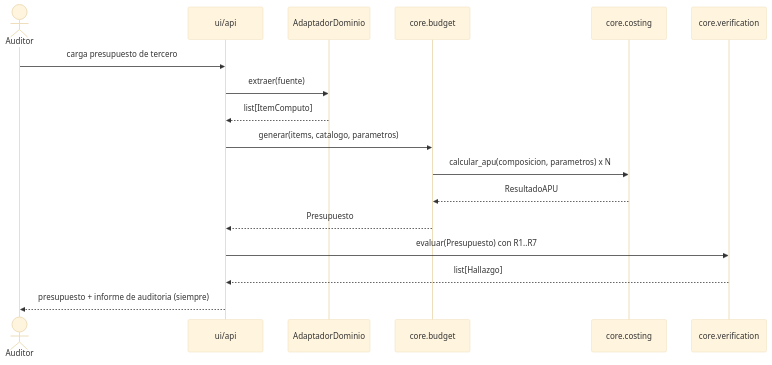
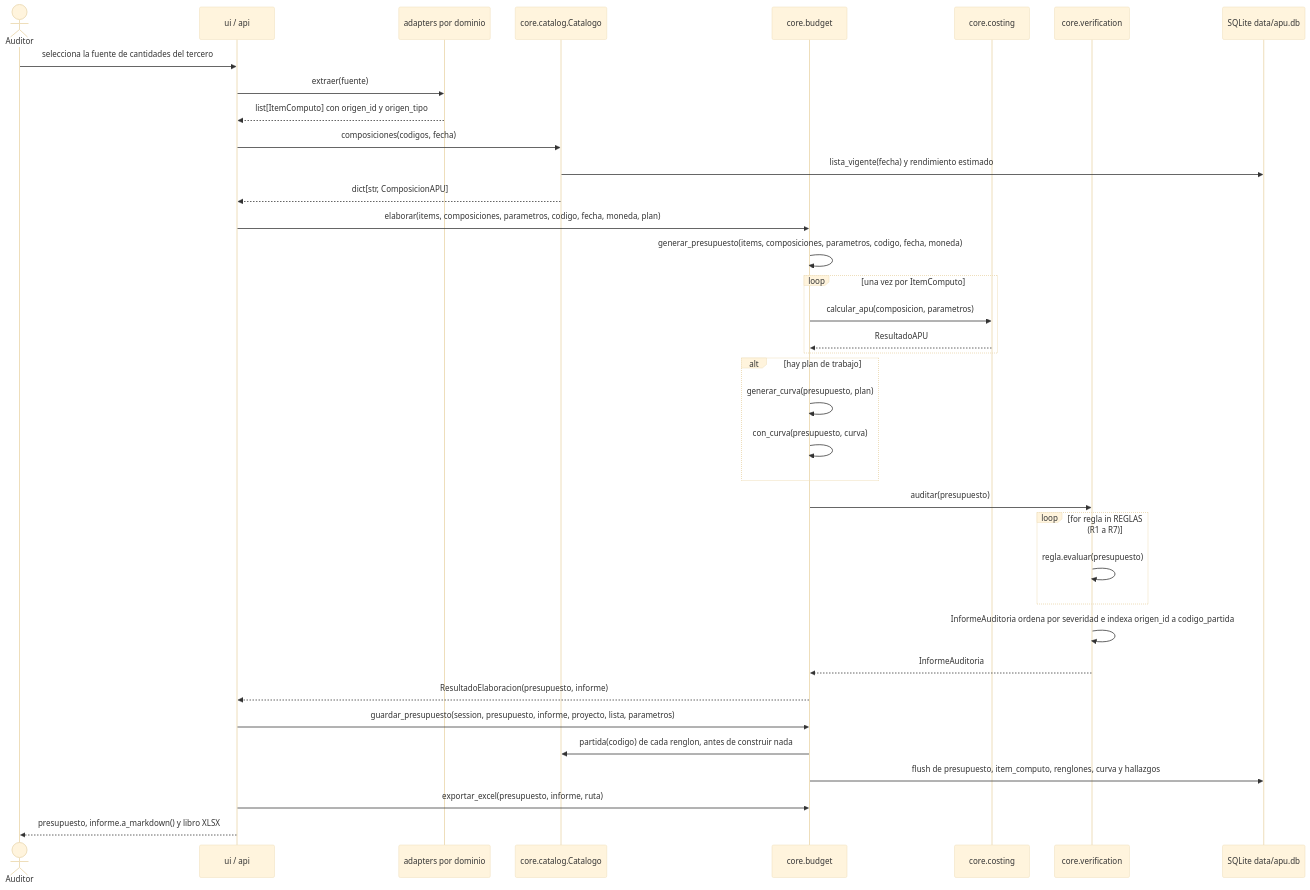
The fifth of 8 diagrams in docs/arquitectura.md (EugenioRRijo/ARENIA), drawn with Mermaid (base theme) before and after one commit. The commit also changed other lines of this file and 1 other file, not shown here.

First line of the commit message:
docs(arq): vistas 4+1 y diagramas UML

````diff
--- a/docs/arquitectura.md
+++ b/docs/arquitectura.md
@@ -143,19 +631,40 @@
 ```mermaid
 sequenceDiagram
     actor Auditor
-    participant UI as ui/api
-    participant AD as AdaptadorDominio
-    participant B as core.budget
-    participant C as core.costing
-    participant V as core.verification
-    Auditor->>UI: carga presupuesto de tercero
+    participant UI as ui / api
+    participant AD as adapters por dominio
+    participant CAT as core.catalog.Catalogo
+    participant BUD as core.budget
+    participant COS as core.costing
+    participant VER as core.verification
+    participant DB as SQLite data/apu.db
+
+    Auditor->>UI: selecciona la fuente de cantidades del tercero
     UI->>AD: extraer(fuente)
-    AD-->>UI: list[ItemComputo]
-    UI->>B: generar(items, catalogo, parametros)
-    B->>C: calcular_apu(composicion, parametros) x N
-    C-->>B: ResultadoAPU
-    B-->>UI: Presupuesto
-    UI->>V: evaluar(Presupuesto) con R1..R7
-    V-->>UI: list[Hallazgo]
-    UI-->>Auditor: presupuesto + informe de auditoria (siempre)
+    AD-->>UI: list[ItemComputo] con origen_id y origen_tipo
+    UI->>CAT: composiciones(codigos, fecha)
+    CAT->>DB: lista_vigente(fecha) y rendimiento estimado
+    CAT-->>UI: dict[str, ComposicionAPU]
+    UI->>BUD: elaborar(items, composiciones, parametros, codigo, fecha, moneda, plan)
+    BUD->>BUD: generar_presupuesto(items, composiciones, parametros, codigo, fecha, moneda)
+    loop una vez por ItemComputo
+        BUD->>COS: calcular_apu(composicion, parametros)
+        COS-->>BUD: ResultadoAPU
+    end
+    alt hay plan de trabajo
+        BUD->>BUD: generar_curva(presupuesto, plan)
+        BUD->>BUD: con_curva(presupuesto, curva)
+    end
+    BUD->>VER: auditar(presupuesto)
+    loop for regla in REGLAS (R1 a R7)
+        VER->>VER: regla.evaluar(presupuesto)
+    end
+    VER->>VER: InformeAuditoria ordena por severidad e indexa origen_id a codigo_partida
+    VER-->>BUD: InformeAuditoria
+    BUD-->>UI: ResultadoElaboracion(presupuesto, informe)
+    UI->>BUD: guardar_presupuesto(session, presupuesto, informe, proyecto, lista, parametros)
+    BUD->>CAT: partida(codigo) de cada renglon, antes de construir nada
+    BUD->>DB: flush de presupuesto, item_computo, renglones, curva y hallazgos
+    UI->>BUD: exportar_excel(presupuesto, informe, ruta)
+    UI-->>Auditor: presupuesto, informe.a_markdown() y libro XLSX
 ```
````
